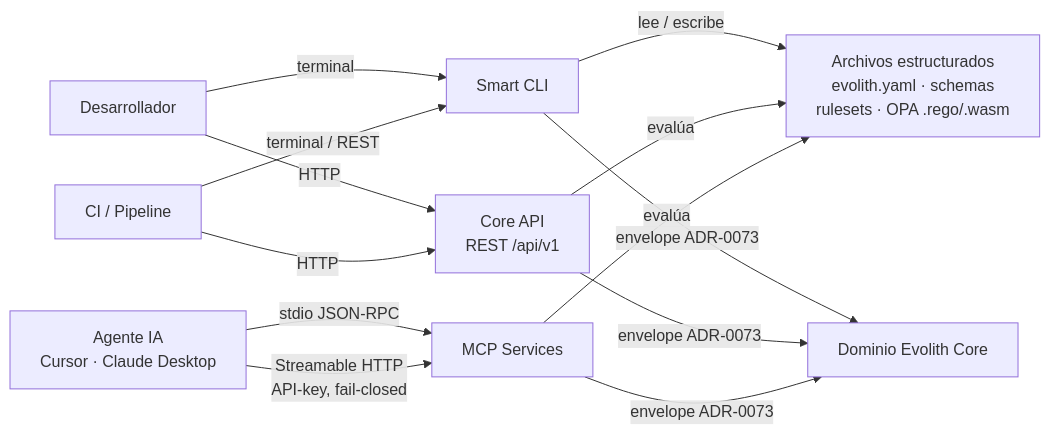
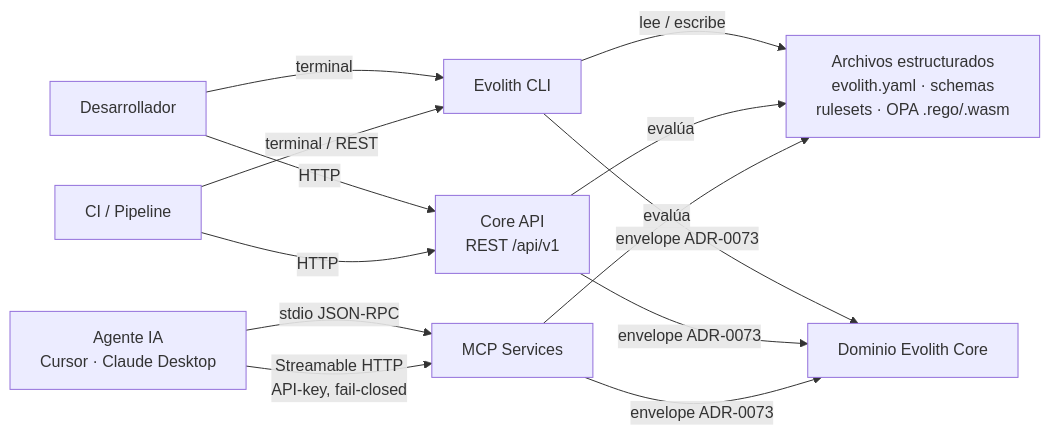
Before and after one commit to beyondnetcode/evolith_arch32: the second of 4 diagrams in product/products/ecosystem-and-communication.es.md, drawn with Mermaid. The commit also changed other lines of this file and 195 other files, not shown here.

First line of the commit message:
refactor(brand): align "Smart CLI" → "Evolith CLI" across docs, code, npm, and assemblies

````diff
--- a/product/products/ecosystem-and-communication.es.md
+++ b/product/products/ecosystem-and-communication.es.md
@@ -61,21 +61,21 @@
 ```mermaid
 graph LR
     DEV["Desarrollador"]
     CI["CI / Pipeline"]
     AGENT["Agente IA<br/>Cursor · Claude Desktop"]
 
-    DEV -->|terminal| CLI["Smart CLI"]
+    DEV -->|terminal| CLI["Evolith CLI"]
     CI -->|terminal / REST| CLI
     DEV -->|HTTP| API["Core API<br/>REST /api/v1"]
     CI -->|HTTP| API
     AGENT -->|stdio JSON-RPC| MCP["MCP Services"]
     AGENT -->|Streamable HTTP<br/>API-key, fail-closed| MCP
 
     CLI -->|lee / escribe| FILES["Archivos estructurados<br/>evolith.yaml · schemas<br/>rulesets · OPA .rego/.wasm"]
     API -->|evalúa| FILES
     MCP -->|evalúa| FILES
 
     CLI -->|envelope ADR-0073| CORE["Dominio Evolith Core"]
     API -->|envelope ADR-0073| CORE
     MCP -->|envelope ADR-0073| CORE
 ```
````
